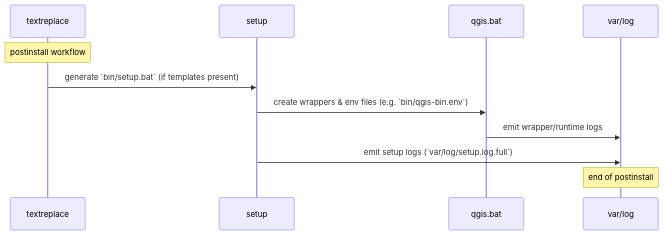
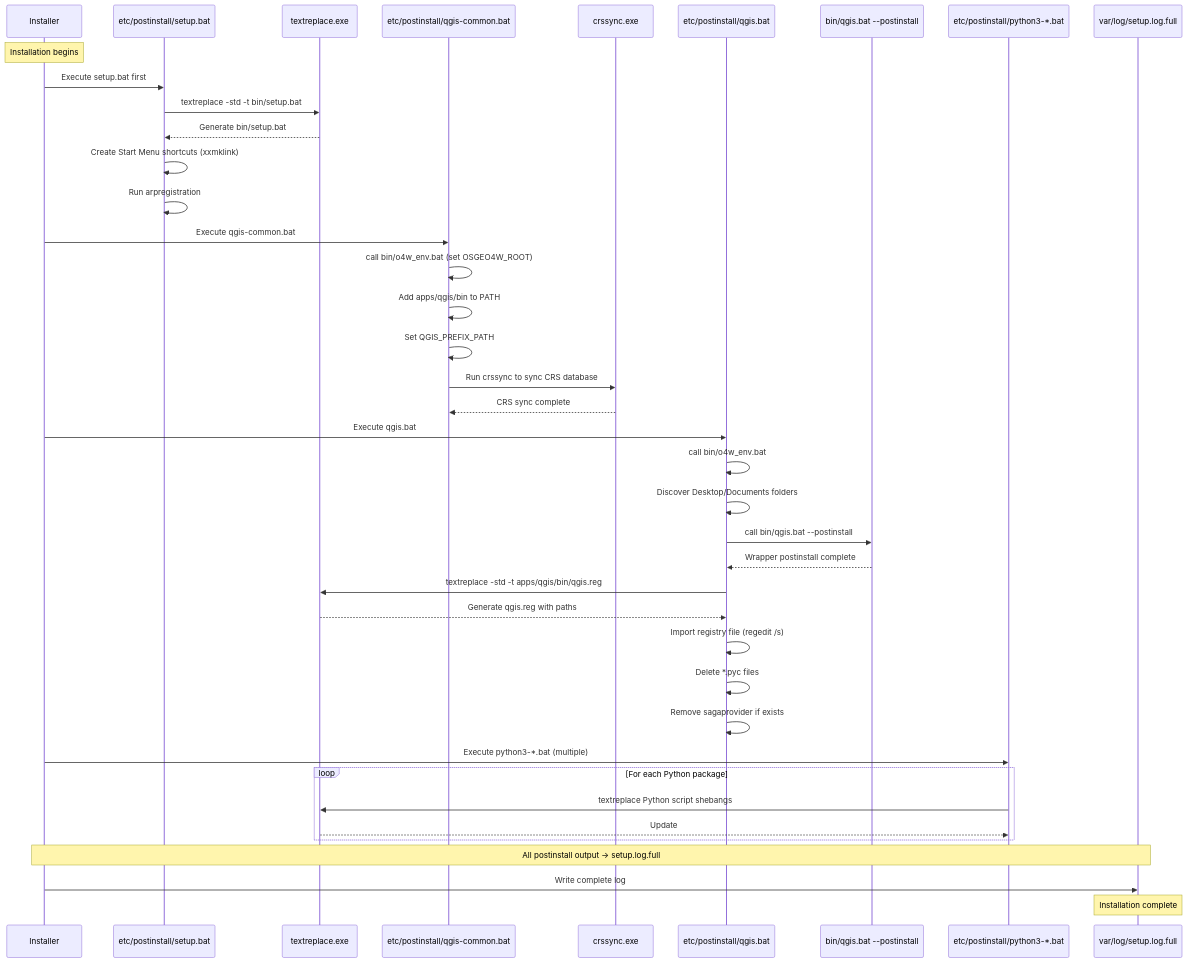
One commit to johnzastrow/QGIS changed the third of 6 diagrams in POSTINSTALL.md. Above: the diagram before and after it, drawn with Mermaid. The commit also changed other lines of this file and 2 other files, not shown here.

````diff
--- a/POSTINSTALL.md
+++ b/POSTINSTALL.md
@@ -127,14 +198,47 @@
 ```mermaid
 sequenceDiagram
-    participant TR as textreplace
-    participant S as setup
-    participant QB as qgis.bat
-    participant L as var/log
-    Note over TR: postinstall workflow
-    TR->>S: generate `bin/setup.bat` (if templates present)
-    S->>QB: create wrappers & env files (e.g. `bin/qgis-bin.env`)
-    QB->>L: emit wrapper/runtime logs
-    S->>L: emit setup logs (`var/log/setup.log.full`)
+    participant I as Installer
+    participant S as etc/postinstall/setup.bat
+    participant TR as textreplace.exe
+    participant QC as etc/postinstall/qgis-common.bat
+    participant CRSSYNC as crssync.exe
+    participant Q as etc/postinstall/qgis.bat
+    participant QW as bin/qgis.bat --postinstall
+    participant PY as etc/postinstall/python3-*.bat
+    participant L as var/log/setup.log.full
 
-      Note over L: end of postinstall
+    Note over I: Installation begins
+    I->>S: Execute setup.bat first
+    S->>TR: textreplace -std -t bin/setup.bat
+    TR-->>S: Generate bin/setup.bat
+    S->>S: Create Start Menu shortcuts (xxmklink)
+    S->>S: Run arpregistration
+
+    I->>QC: Execute qgis-common.bat
+    QC->>QC: call bin/o4w_env.bat (set OSGEO4W_ROOT)
+    QC->>QC: Add apps/qgis/bin to PATH
+    QC->>QC: Set QGIS_PREFIX_PATH
+    QC->>CRSSYNC: Run crssync to sync CRS database
+    CRSSYNC-->>QC: CRS sync complete
+
+    I->>Q: Execute qgis.bat
+    Q->>Q: call bin/o4w_env.bat
+    Q->>Q: Discover Desktop/Documents folders
+    Q->>QW: call bin/qgis.bat --postinstall
+    QW-->>Q: Wrapper postinstall complete
+    Q->>TR: textreplace -std -t apps/qgis/bin/qgis.reg
+    TR-->>Q: Generate qgis.reg with paths
+    Q->>Q: Import registry file (regedit /s)
+    Q->>Q: Delete *.pyc files
+    Q->>Q: Remove sagaprovider if exists
+
+    I->>PY: Execute python3-*.bat (multiple)
+    loop For each Python package
+        PY->>TR: textreplace Python script shebangs
+        TR-->>PY: Update #! line with absolute path
+    end
+
+    Note over I,L: All postinstall output → setup.log.full
+    I->>L: Write complete log
+    Note over L: Installation complete
 ```
````
